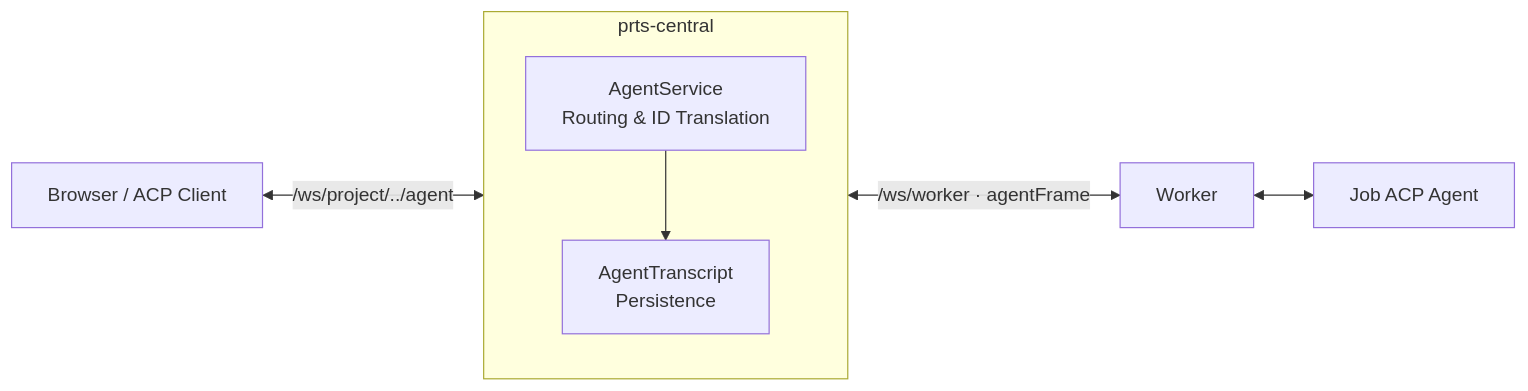
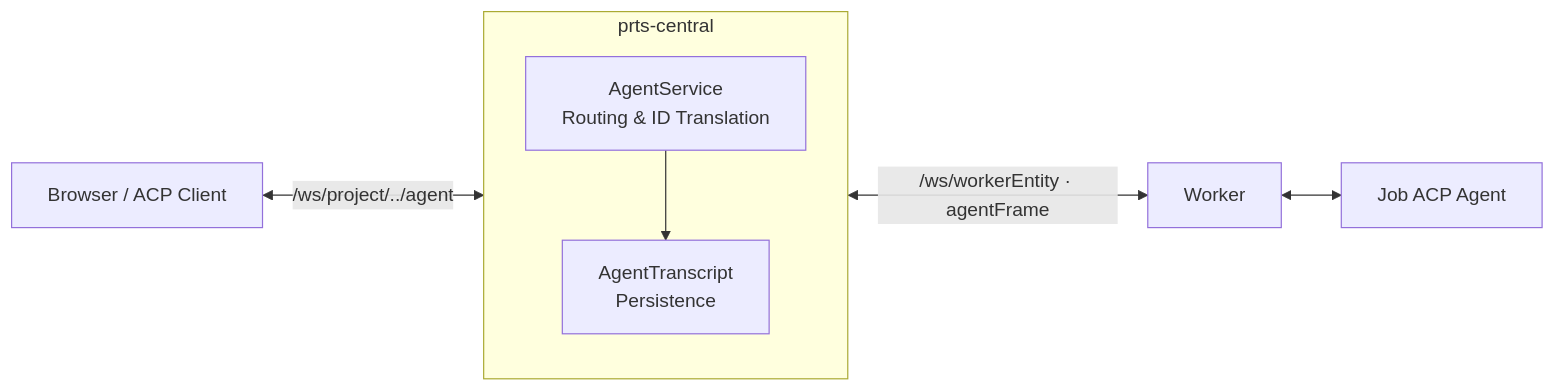
Before and after one commit to iceBear67/prts-central: the diagram in agent-docs/agent-acp.md, drawn with Mermaid. The commit also changed other lines of this file and 51 other files, not shown here.

````diff
--- a/agent-docs/agent-acp.md
+++ b/agent-docs/agent-acp.md
@@ -5,11 +5,11 @@
 ```mermaid
 flowchart LR
     B[Browser / ACP Client] <-->|/ws/project/../agent| C
     subgraph C[prts-central]
         AS[AgentService<br/>Routing & ID Translation]
         AT[AgentTranscript<br/>Persistence]
         AS --> AT
     end
-    C <-->|/ws/worker · agentFrame| W[Worker]
+    C <-->|/ws/workerEntity · agentFrame| W[Worker]
     W <--> A[Job ACP Agent]
 ```
````
